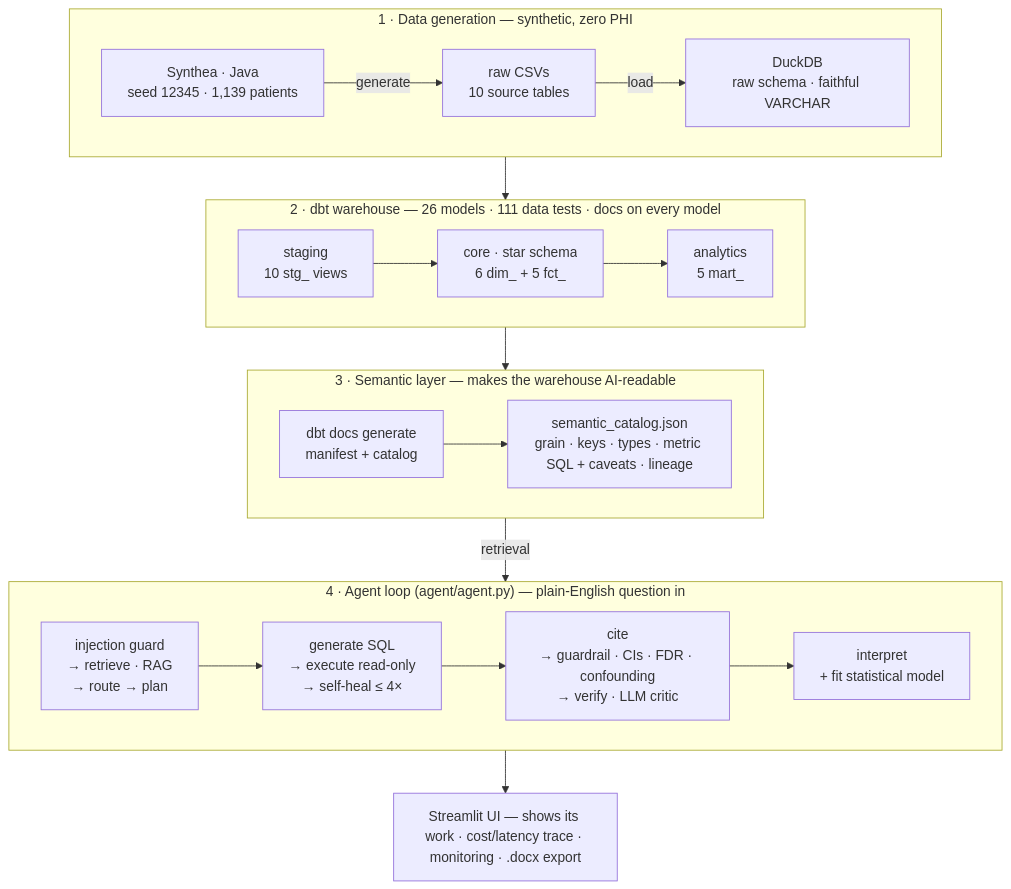
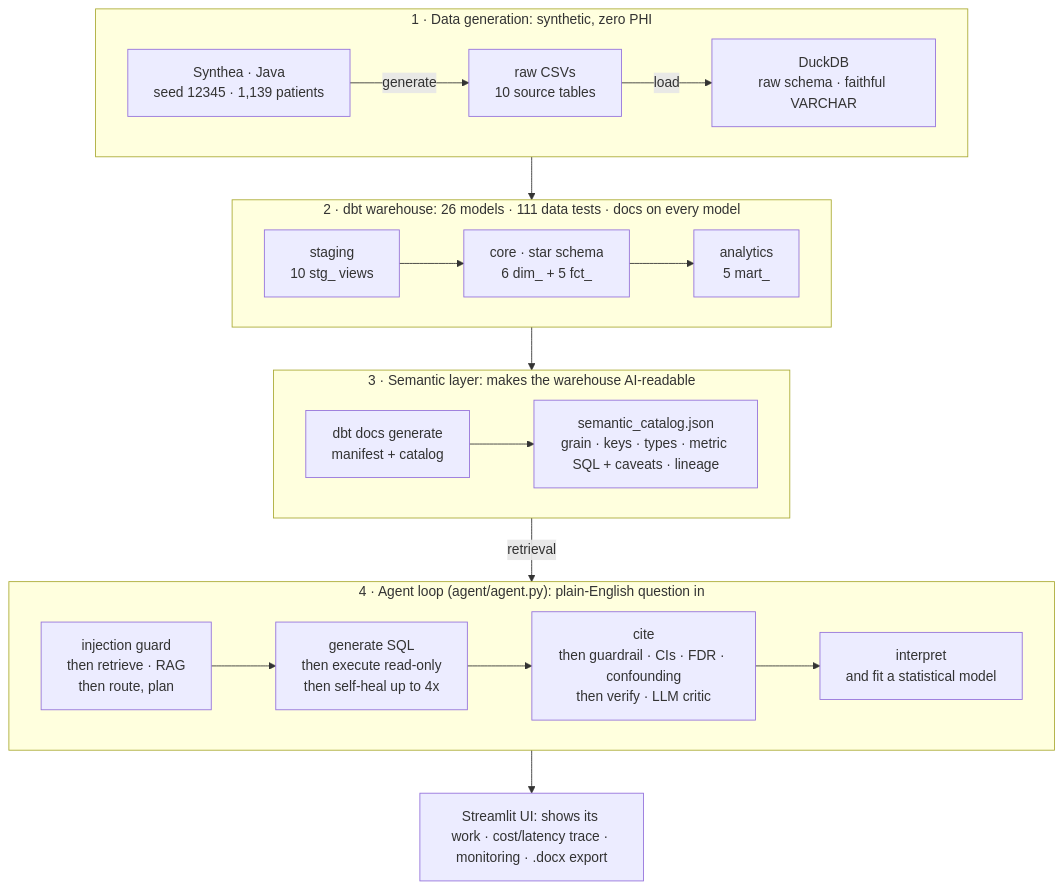
The diagram in README.md (Ediebah/clinical-insight-agent), drawn with Mermaid before and after one commit. The commit also changed other lines of this file, not shown here.

````diff
--- a/README.md
+++ b/README.md
@@ -53,27 +55,27 @@
 ```mermaid
 flowchart TB
-    subgraph GEN["1 · Data generation — synthetic, zero PHI"]
+    subgraph GEN["1 · Data generation: synthetic, zero PHI"]
         direction LR
         SY["Synthea · Java<br/>seed 12345 · 1,139 patients"] -->|generate| CSV["raw CSVs<br/>10 source tables"] -->|load| RAW["DuckDB<br/>raw schema · faithful VARCHAR"]
     end
 
-    subgraph WH["2 · dbt warehouse — 26 models · 111 data tests · docs on every model"]
+    subgraph WH["2 · dbt warehouse: 26 models · 111 data tests · docs on every model"]
         direction LR
         STG["staging<br/>10 stg_ views"] --> CORE["core · star schema<br/>6 dim_ + 5 fct_"] --> ANA["analytics<br/>5 mart_"]
     end
 
-    subgraph SEM["3 · Semantic layer — makes the warehouse AI-readable"]
+    subgraph SEM["3 · Semantic layer: makes the warehouse AI-readable"]
         direction LR
         DOCS["dbt docs generate<br/>manifest + catalog"] --> SC["semantic_catalog.json<br/>grain · keys · types · metric SQL + caveats · lineage"]
     end
 
-    subgraph AG["4 · Agent loop (agent/agent.py) — plain-English question in"]
+    subgraph AG["4 · Agent loop (agent/agent.py): plain-English question in"]
         direction LR
-        RET["injection guard<br/>→ retrieve · RAG<br/>→ route → plan"] --> RUN["generate SQL<br/>→ execute read-only<br/>→ self-heal ≤ 4×"] --> CHK["cite<br/>→ guardrail · CIs · FDR · confounding<br/>→ verify · LLM critic"] --> OUT["interpret<br/>+ fit statistical model"]
+        RET["injection guard<br/>then retrieve · RAG<br/>then route, plan"] --> RUN["generate SQL<br/>then execute read-only<br/>then self-heal up to 4x"] --> CHK["cite<br/>then guardrail · CIs · FDR · confounding<br/>then verify · LLM critic"] --> OUT["interpret<br/>and fit a statistical model"]
     end
 
     RAW --> STG
     ANA --> DOCS
     SC -->|retrieval| RET
-    OUT --> UI["Streamlit UI — shows its work · cost/latency trace · monitoring · .docx export"]
+    OUT --> UI["Streamlit UI: shows its work · cost/latency trace · monitoring · .docx export"]
 ```
````
